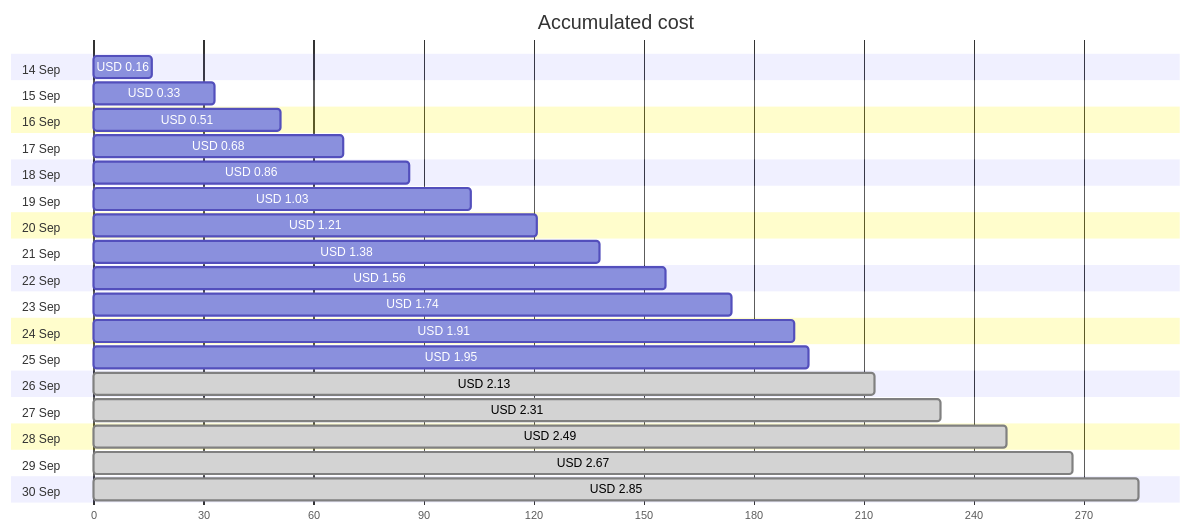
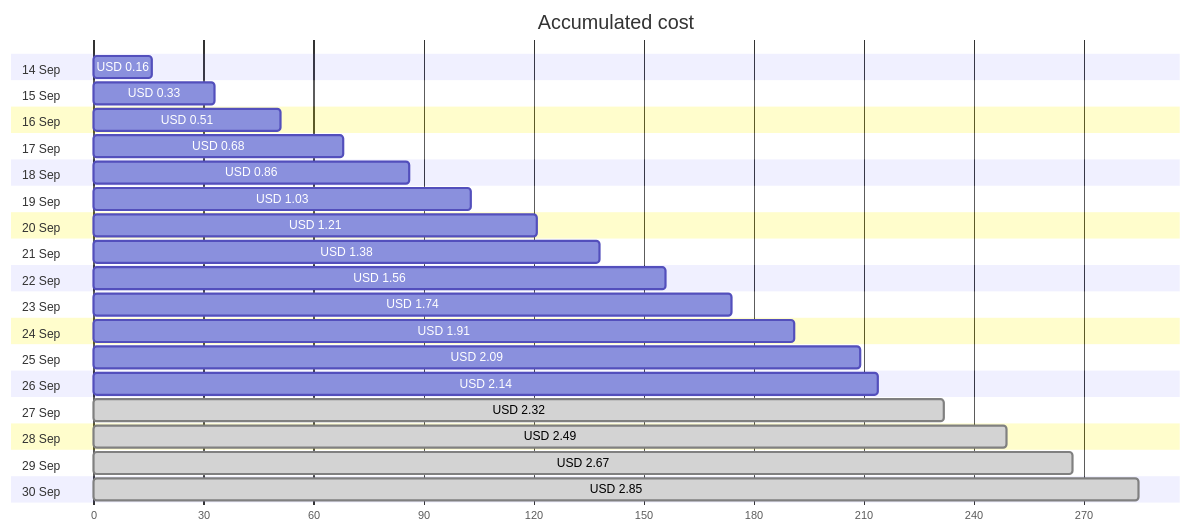
One commit to jpfulton/azure-personal-reports changed the first of 4 diagrams in cost-reports/personal-network/backup-server.md. Above: the diagram before and after it, drawn with Mermaid. The commit also changed other lines of this file and 9 other files, not shown here.

````diff
--- a/cost-reports/personal-network/backup-server.md
+++ b/cost-reports/personal-network/backup-server.md
@@ -20,40 +20,40 @@
 ```mermaid
 gantt
    title Accumulated cost
    dateFormat  X
    axisFormat %s
    section 14 Sep
    USD 0.16 :0, 16
    section 15 Sep
    USD 0.33 :0, 33
    section 16 Sep
    USD 0.51 :0, 51
    section 17 Sep
    USD 0.68 :0, 68
    section 18 Sep
    USD 0.86 :0, 86
    section 19 Sep
    USD 1.03 :0, 103
    section 20 Sep
    USD 1.21 :0, 121
    section 21 Sep
    USD 1.38 :0, 138
    section 22 Sep
    USD 1.56 :0, 156
    section 23 Sep
    USD 1.74 :0, 174
    section 24 Sep
    USD 1.91 :0, 191
    section 25 Sep
-   USD 1.95 :0, 195
+   USD 2.09 :0, 209
    section 26 Sep
-   USD 2.13 : done, 0, 213
+   USD 2.14 :0, 214
    section 27 Sep
-   USD 2.31 : done, 0, 231
+   USD 2.32 : done, 0, 232
    section 28 Sep
    USD 2.49 : done, 0, 249
    section 29 Sep
    USD 2.67 : done, 0, 267
    section 30 Sep
    USD 2.85 : done, 0, 285
 ```
````
